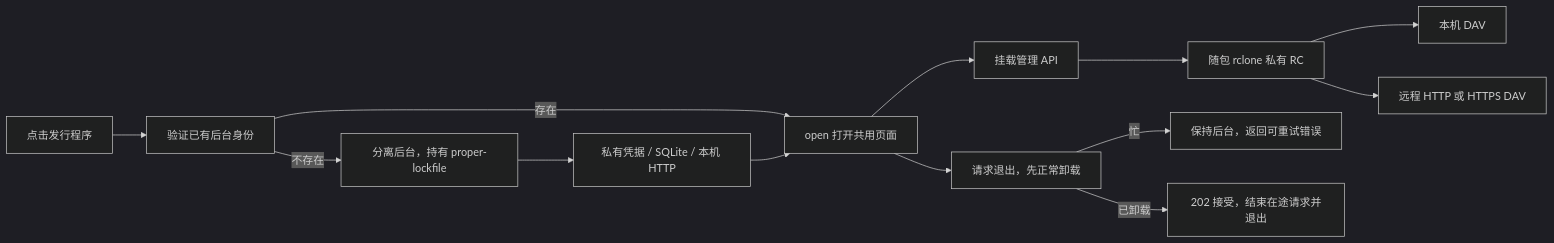
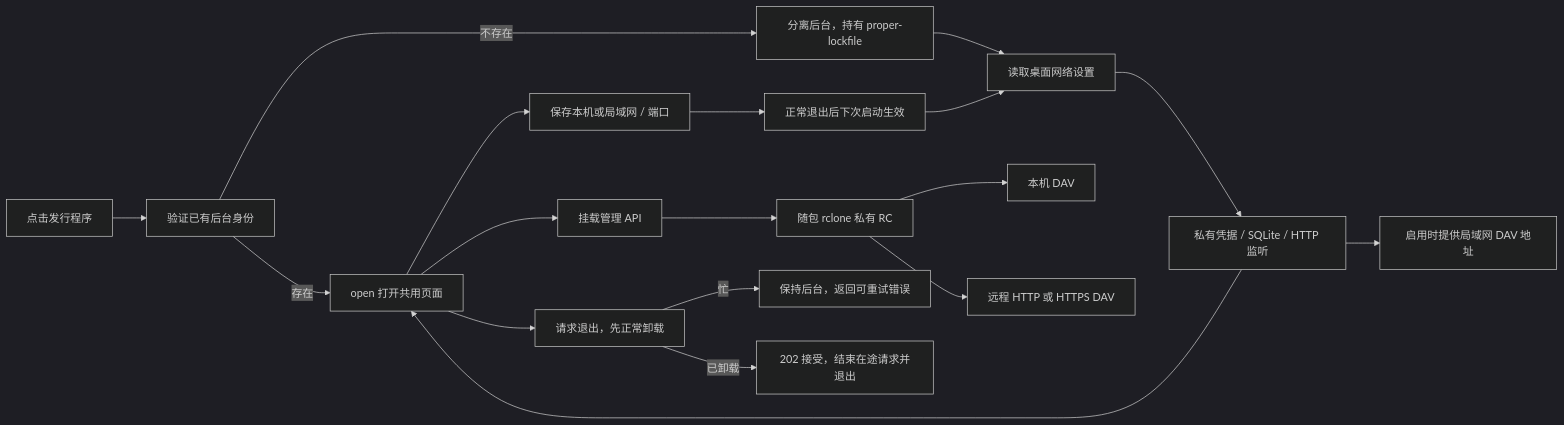
The third of 14 diagrams in docs/architecture/diagrams.md (shengyusi-SYS/musicfs), drawn with Mermaid (dark theme) before and after one commit. The commit also changed other lines of this file and 11 other files, not shown here.

Commit message:
feat: configure desktop access from local network devices

````diff
--- a/docs/architecture/diagrams.md
+++ b/docs/architecture/diagrams.md
@@ -80,15 +80,20 @@
 ```mermaid
 flowchart LR
   Click[点击发行程序] --> Identity[验证已有后台身份]
   Identity -->|存在| Browser[open 打开共用页面]
   Identity -->|不存在| Spawn[分离后台，持有 proper-lockfile]
-  Spawn --> Local[私有凭据 / SQLite / 本机 HTTP]
+  Spawn --> Settings[读取桌面网络设置]
+  Settings --> Local[私有凭据 / SQLite / HTTP 监听]
   Local --> Browser
+  Browser --> Network[保存本机或局域网 / 端口]
+  Network --> NextStart[正常退出后下次启动生效]
+  NextStart --> Settings
+  Local --> LAN[启用时提供局域网 DAV 地址]
   Browser --> Mounts[挂载管理 API]
   Mounts --> RC[随包 rclone 私有 RC]
   RC --> LocalDAV[本机 DAV]
   RC --> RemoteDAV[远程 HTTP 或 HTTPS DAV]
   Browser --> Quit[请求退出，先正常卸载]
   Quit -->|忙| Keep[保持后台，返回可重试错误]
   Quit -->|已卸载| Drain[202 接受，结束在途请求并退出]
 ```
````
